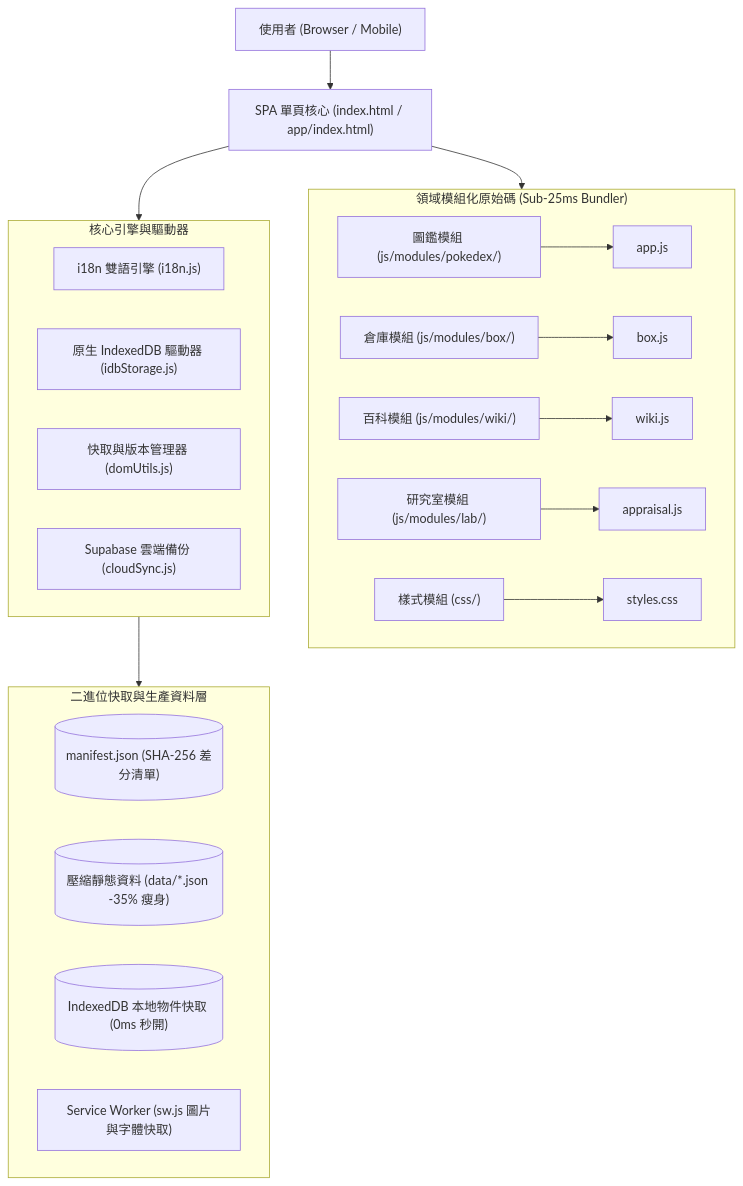
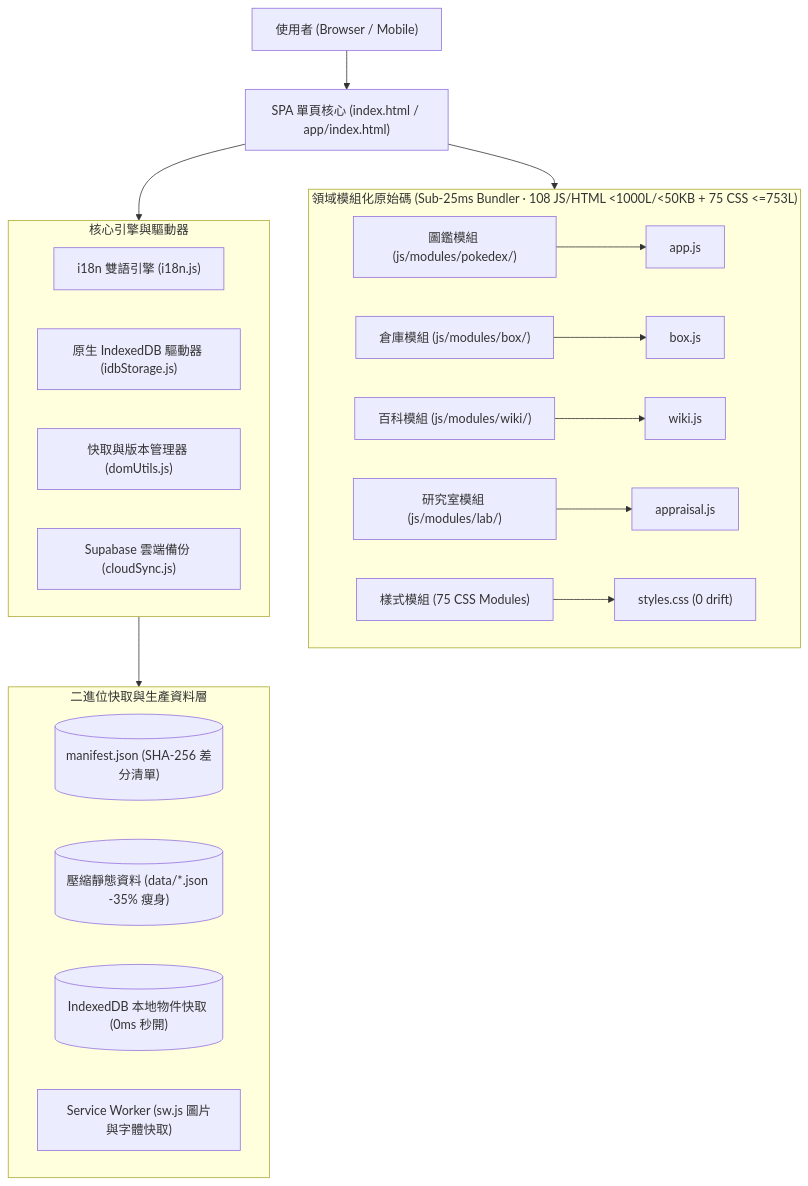
Before and after one commit to s102213039/pokemon-sleep-app: the diagram in README.md, drawn with Mermaid. The commit also changed other lines of this file and 655 other files, not shown here.

Commit message:
refactor: execute R1-R3 modular split, CSS pipeline, S1 cleanup and performance optimization

````diff
--- a/README.md
+++ b/README.md
@@ -131,30 +131,30 @@
 ```mermaid
 graph TD
     User["使用者 (Browser / Mobile)"] --> SPA["SPA 單頁核心 (index.html / app/index.html)"]
     
-    subgraph ModularSource ["領域模組化原始碼 (Sub-25ms Bundler)"]
+    subgraph ModularSource ["領域模組化原始碼 (Sub-25ms Bundler · 108 JS/HTML <1000L/<50KB + 75 CSS <=753L)"]
         DexSrc["圖鑑模組 (js/modules/pokedex/)"] --> Dex["app.js"]
         BoxSrc["倉庫模組 (js/modules/box/)"] --> Box["box.js"]
         WikiSrc["百科模組 (js/modules/wiki/)"] --> Wiki["wiki.js"]
         LabSrc["研究室模組 (js/modules/lab/)"] --> Lab["appraisal.js"]
-        CssSrc["樣式模組 (css/)"] --> Css["styles.css"]
+        CssSrc["樣式模組 (75 CSS Modules)"] --> Css["styles.css (0 drift)"]
     end
     
     subgraph CoreEngine ["核心引擎與驅動器"]
         I18N["i18n 雙語引擎 (i18n.js)"]
         IDB["原生 IndexedDB 驅動器 (idbStorage.js)"]
         DCM["快取與版本管理器 (domUtils.js)"]
         Cloud["Supabase 雲端備份 (cloudSync.js)"]
     end
     
     subgraph DataServices ["二進位快取與生產資料層"]
         Manifest[("manifest.json (SHA-256 差分清單)")]
         MinifiedData[("壓縮靜態資料 (data/*.json -35% 瘦身)")]
         IDBCache[("IndexedDB 本地物件快取 (0ms 秒開)")]
         SW["Service Worker (sw.js 圖片與字體快取)"]
     end
 
     SPA --> ModularSource
     SPA --> CoreEngine
     CoreEngine --> DataServices
 ```
````
